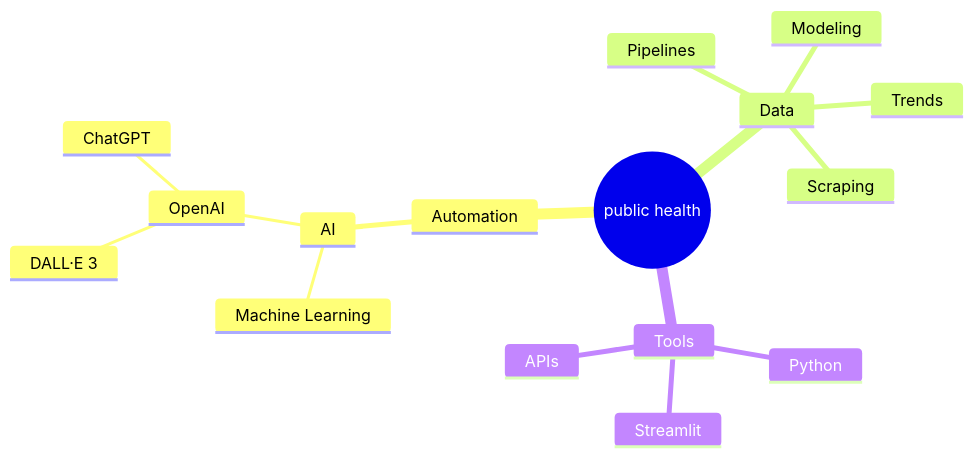
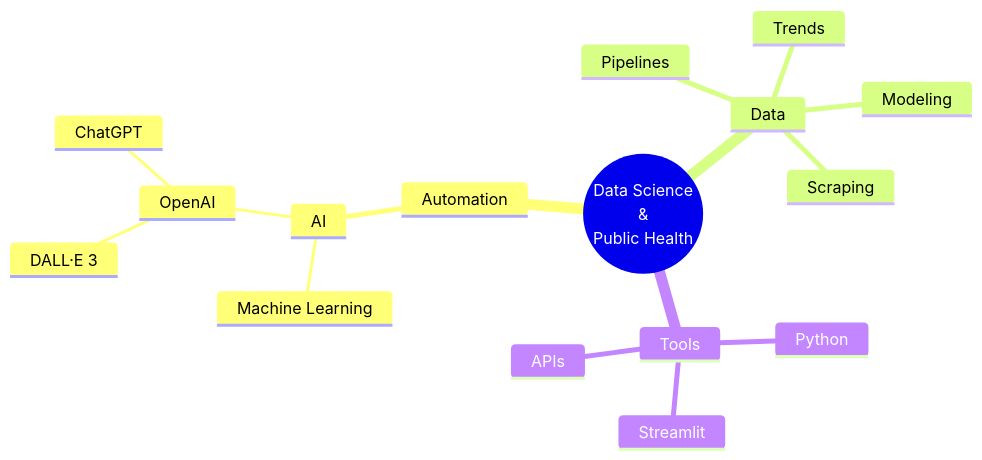
Before and after one commit to sakunyann/sakunyann: the diagram in README.md, drawn with Mermaid.

````diff
--- a/README.md
+++ b/README.md
@@ -58,19 +58,19 @@
 ```mermaid
 mindmap
-  root((public health))
+  root((Data Science <br> & <br> Public Health))
     Automation
       AI
         Machine Learning
         OpenAI
             DALL·E 3
             ChatGPT
     Data
         Pipelines
         Scraping
         Modeling
         Trends
     Tools
       Python
       Streamlit
       APIs
 ```
````
